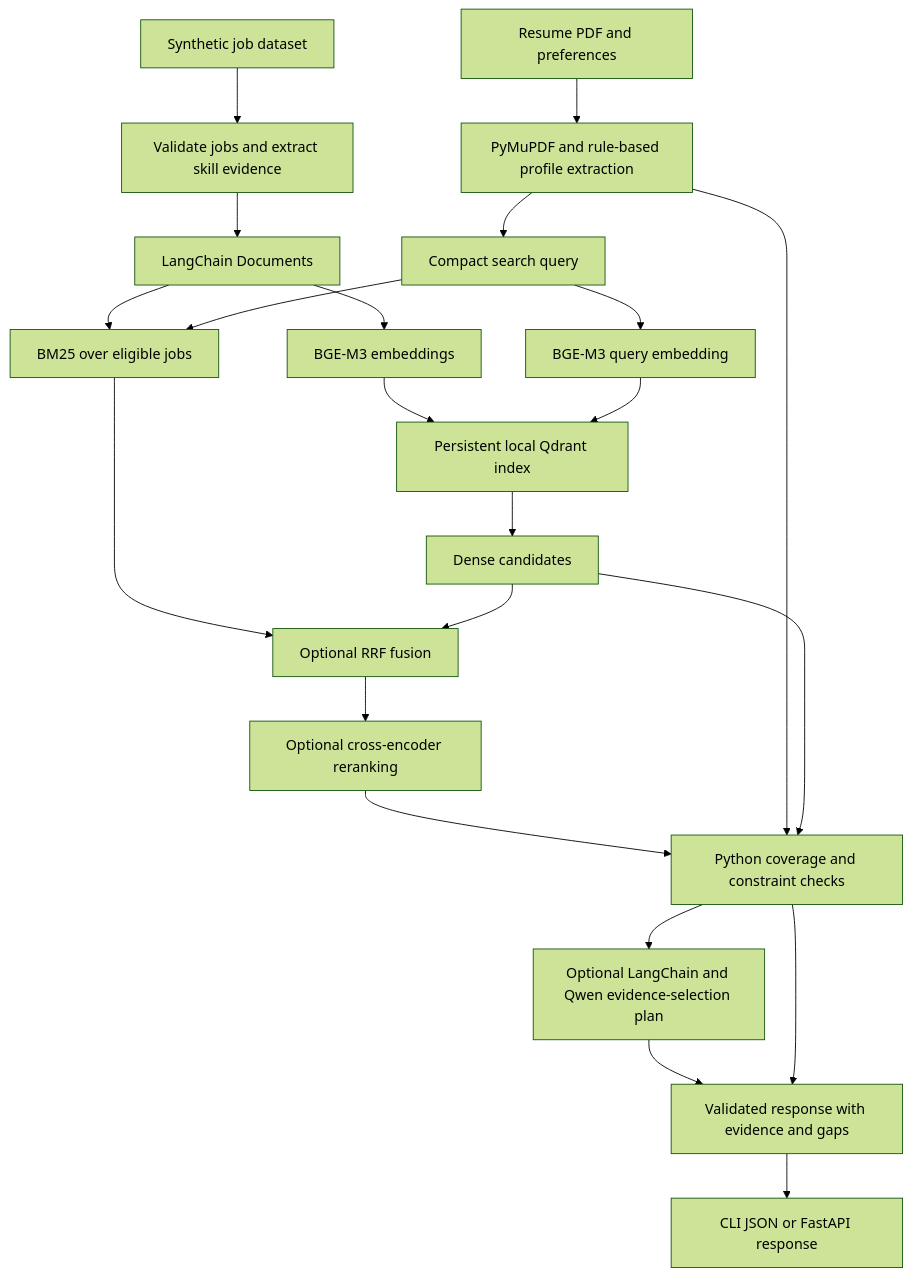
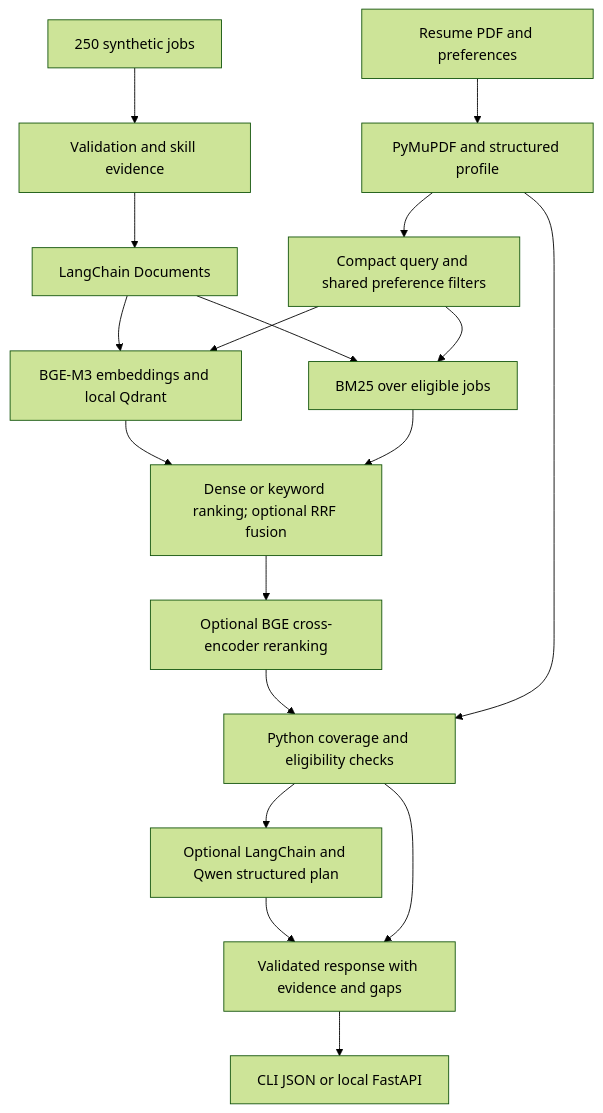
One commit to NehaarVeesam/Job-Fit changed the diagram in README.md. Above: the diagram before and after it, drawn with Mermaid (forest theme). The commit also changed other lines of this file and 39 other files, not shown here.

````diff
--- a/README.md
+++ b/README.md
@@ -29,24 +39,20 @@
 ```mermaid
 flowchart TD
-    A[Synthetic job dataset] --> B[Validate jobs and extract skill evidence]
+    A[250 synthetic jobs] --> B[Validation and skill evidence]
     B --> C[LangChain Documents]
-    C --> D[BGE-M3 embeddings]
-    D --> E[Persistent local Qdrant index]
-    F[Resume PDF and preferences] --> G[PyMuPDF and rule-based profile extraction]
-    G --> H[Compact search query]
-    H --> I[BGE-M3 query embedding]
-    I --> E
-    E --> J[Dense candidates]
-    C --> O[BM25 over eligible jobs]
-    H --> O
-    O --> P[Optional RRF fusion]
-    J --> P
-    P --> R[Optional cross-encoder reranking]
-    R --> K
-    G --> K[Python coverage and constraint checks]
-    J --> K
-    K --> L[Optional LangChain and Qwen evidence-selection plan]
+    C --> D[BGE-M3 embeddings and local Qdrant]
+    C --> E[BM25 over eligible jobs]
+    F[Resume PDF and preferences] --> G[PyMuPDF and structured profile]
+    G --> H[Compact query and shared preference filters]
+    H --> D
+    H --> E
+    D --> I[Dense or keyword ranking; optional RRF fusion]
+    E --> I
+    I --> J[Optional BGE cross-encoder reranking]
+    J --> K[Python coverage and eligibility checks]
+    G --> K
+    K --> L[Optional LangChain and Qwen structured plan]
     L --> M[Validated response with evidence and gaps]
     K --> M
-    M --> N[CLI JSON or FastAPI response]
+    M --> N[CLI JSON or local FastAPI]
 ```
````
